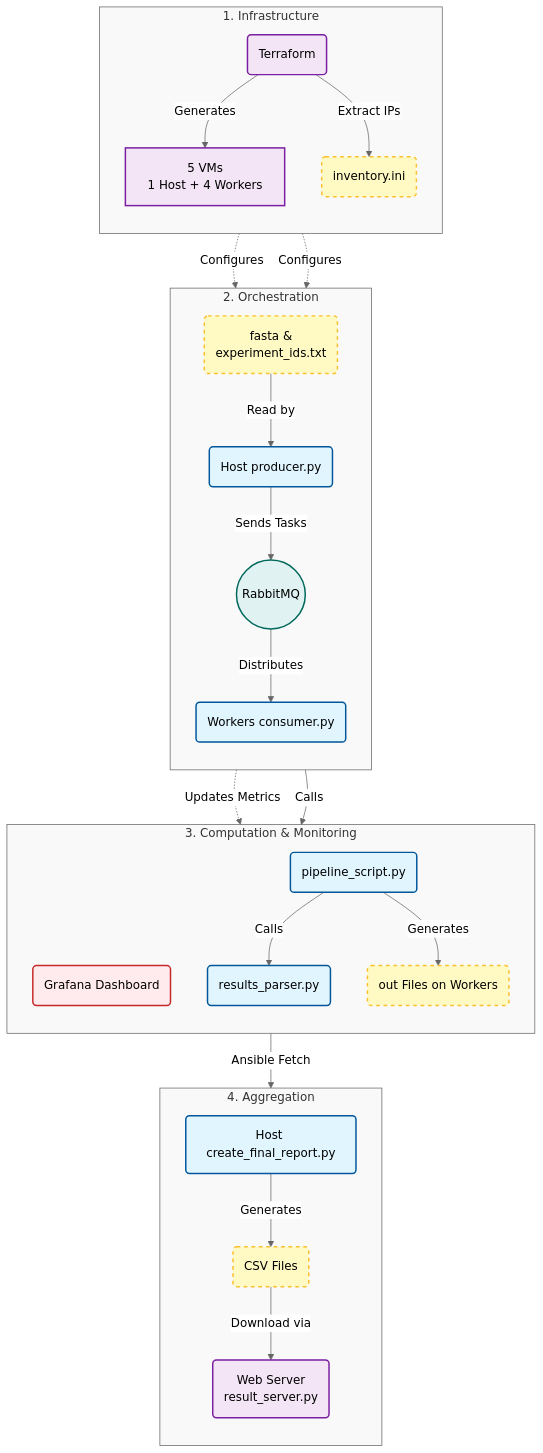
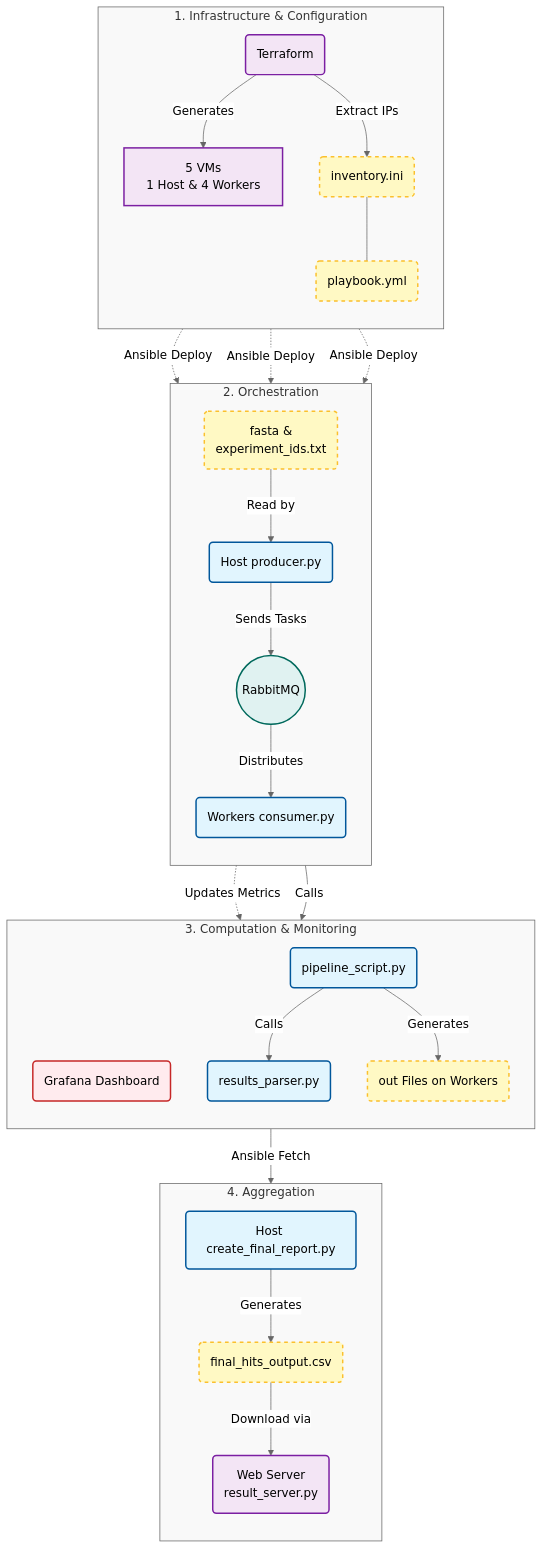
One commit to eva033032/UCL_EDA_T1_Coursework changed the diagram in README.md. Above: the diagram before and after it, drawn with Mermaid (neutral theme).

Commit message:
Update readme mermaid(+ playbook)

````diff
--- a/README.md
+++ b/README.md
@@ -13,70 +13,74 @@
 ```mermaid
 graph TD
-    %% 
+    %% Define Styles
     classDef script fill:#e1f5fe,stroke:#01579b,stroke-width:2px,rx:5,ry:5;
     classDef file fill:#fff9c4,stroke:#fbc02d,stroke-width:2px,stroke-dasharray: 5 5;
     classDef infra fill:#f3e5f5,stroke:#7b1fa2,stroke-width:2px;
     classDef db fill:#e0f2f1,stroke:#00695c,stroke-width:2px,shape:cylinder;
     classDef monitor fill:#ffebee,stroke:#c62828,stroke-width:2px;
 
-    %% 1. 
-    subgraph Infrastructure [1. Infrastructure]
+    %% 1. Infrastructure Layer
+    subgraph Infrastructure [1. Infrastructure & Configuration]
         direction TB
         Terraform(Terraform):::infra
-        VMs[5 VMs<br/>1 Host + 4 Workers]:::infra
+        VMs[5 VMs<br/>1 Host & 4 Workers]:::infra
         Inventory(inventory.ini):::file
+        Playbook(playbook.yml):::file
         
         Terraform -- Generates --> VMs
         Terraform -- Extract IPs --> Inventory
+        Inventory --- Playbook
     end
 
-    %% 2. 
+    %% 2. Orchestration Layer
     subgraph Orchestration [2. Orchestration]
         direction TB
         InputFile(fasta &<br/>experiment_ids.txt):::file
         Producer(Host producer.py):::script
         RabbitMQ((RabbitMQ)):::db
         Consumer(Workers consumer.py):::script
 
         InputFile -- Read by --> Producer
         Producer -- Sends Tasks --> RabbitMQ
         RabbitMQ -- Distributes --> Consumer
     end
 
-    %% 
-    Inventory -. Configures .-> Producer
-    Inventory -. Configures .-> Consumer
+    %% Configuration connections (Ansible)
+    Playbook -. Ansible Deploy .-> Producer
+    Playbook -. Ansible Deploy .-> Consumer
+    Playbook -. Ansible Deploy .-> RabbitMQ
 
-    %% 3. 
+    %% 3. Computation & Monitoring Layer
     subgraph Comp_Monitor [3. Computation & Monitoring]
         direction TB
         Grafana(Grafana Dashboard):::monitor
         Pipeline(pipeline_script.py):::script
         ResultsParser(results_parser.py):::script
         OutFiles(out Files on Workers):::file
 
         Consumer -. Updates Metrics .-> Grafana
         Consumer -- Calls --> Pipeline
         Pipeline -- Calls --> ResultsParser
         Pipeline -- Generates --> OutFiles
     end
 
-    %% 4. 
+    %% 4. Aggregation Layer
     subgraph Aggregation [4. Aggregation]
         direction TB
         FinalReport(Host create_final_report.py):::script
-        FinalCSV(CSV Files):::file
+        FinalCSV(final_hits_output.csv):::file
         WebServer(Web Server<br/>result_server.py):::infra
 
         FinalReport -- Generates --> FinalCSV
         FinalCSV -- Download via --> WebServer
     end
 
-    %%  (Fetch Result)
+    %% Fetch connection
     OutFiles -- Ansible Fetch --> FinalReport
 
+    %% Styling
     style Infrastructure fill:#f9f9f9,stroke:#666,stroke-width:1px,color:#333
     style Orchestration fill:#f9f9f9,stroke:#666,stroke-width:1px,color:#333
     style Comp_Monitor fill:#f9f9f9,stroke:#666,stroke-width:1px,color:#333
     style Aggregation fill:#f9f9f9,stroke:#666,stroke-width:1px,color:#333
 ```
````
